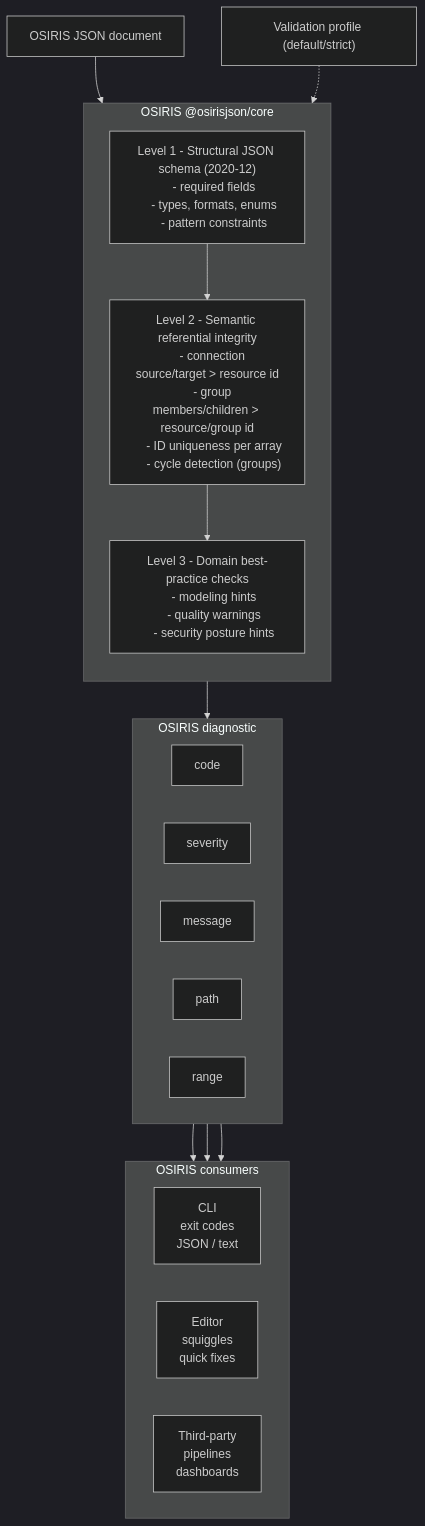
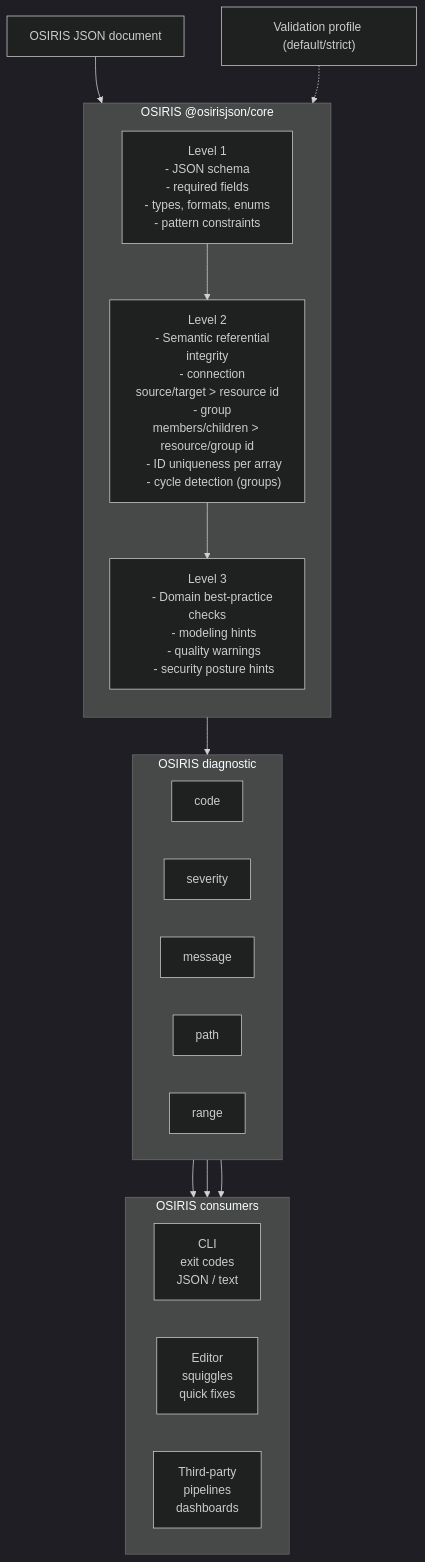
The second of 2 diagrams in docs/guidelines/v1.0/OSIRIS-ARCHITECTURE.md (osirisjson/osiris), drawn with Mermaid (dark theme) before and after one commit. The commit also changed other lines of this file and 6 other files, not shown here.

Commit message:
dev-docs(osiris-architecture):chapter 5 and 6 completed. Multiple sections updated for clarity and consistency. Aligned normative wording and grammars.

````diff
--- a/docs/guidelines/v1.0/OSIRIS-ARCHITECTURE.md
+++ b/docs/guidelines/v1.0/OSIRIS-ARCHITECTURE.md
@@ -368,58 +485,61 @@
 ```mermaid
 flowchart TD
   DOC["OSIRIS JSON document"]
   PROFILE["Validation profile (default/strict)"]
 
   subgraph CORE["OSIRIS @osirisjson/core"]
     direction TB
 
-    L1["Level 1 - Structural JSON schema (2020-12)
+    L1["Level 1
+    - JSON schema
     - required fields
     - types, formats, enums
     - pattern constraints"]
 
-    L2["Level 2 - Semantic referential integrity
+    L2["Level 2
+    - Semantic referential integrity
     - connection source/target > resource id
     - group members/children > resource/group id
     - ID uniqueness per array
     - cycle detection (groups)"]
 
-    L3["Level 3 - Domain best-practice checks
+    L3["Level 3
+    - Domain best-practice checks
     - modeling hints
     - quality warnings
     - security posture hints"]
 
     L1 --> L2 --> L3
   end
 
   DOC --> CORE
   PROFILE -.-> CORE
 
   subgraph DIAG["OSIRIS diagnostic"]
     direction LR
     CODE["code"]
     SEV["severity"]
     MSG["message"]
     PATH["path"]
     RANGE["range"]
   end
 
   CORE --> DIAG
 
   subgraph CONSUMERS["OSIRIS consumers"]
     direction LR
     CLI["CLI
     exit codes
     JSON / text"]
     EDITOR["Editor
     squiggles
     quick fixes"]
     THIRDPARTY["Third-party
     pipelines
     dashboards"]
   end
 
   DIAG --> CLI
   DIAG --> EDITOR
   DIAG --> THIRDPARTY
 ```
````
